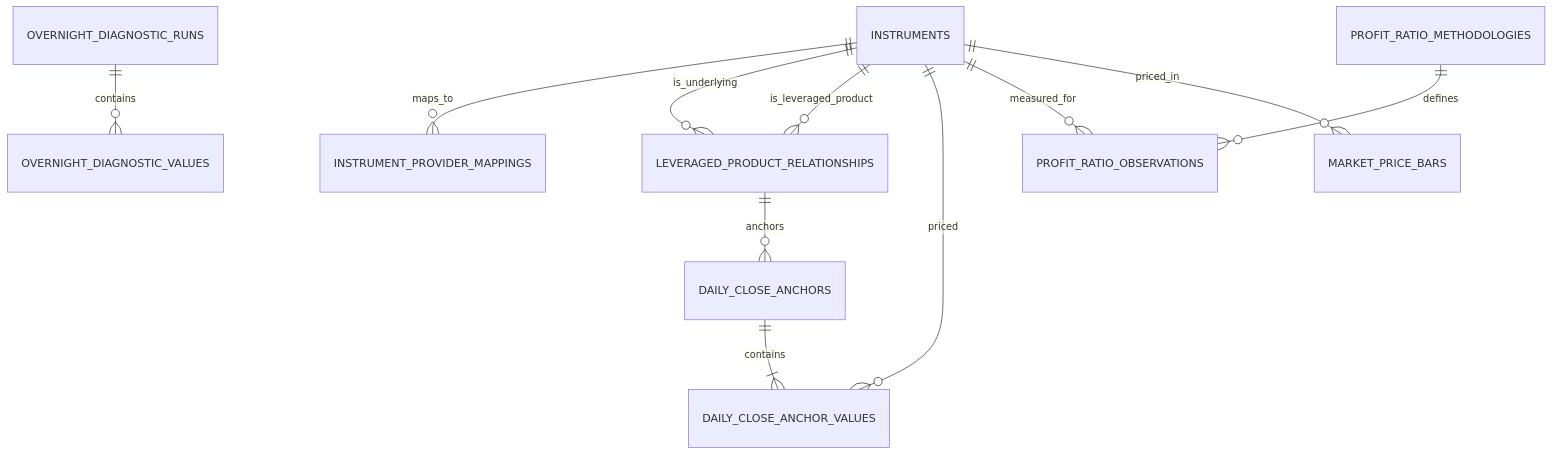
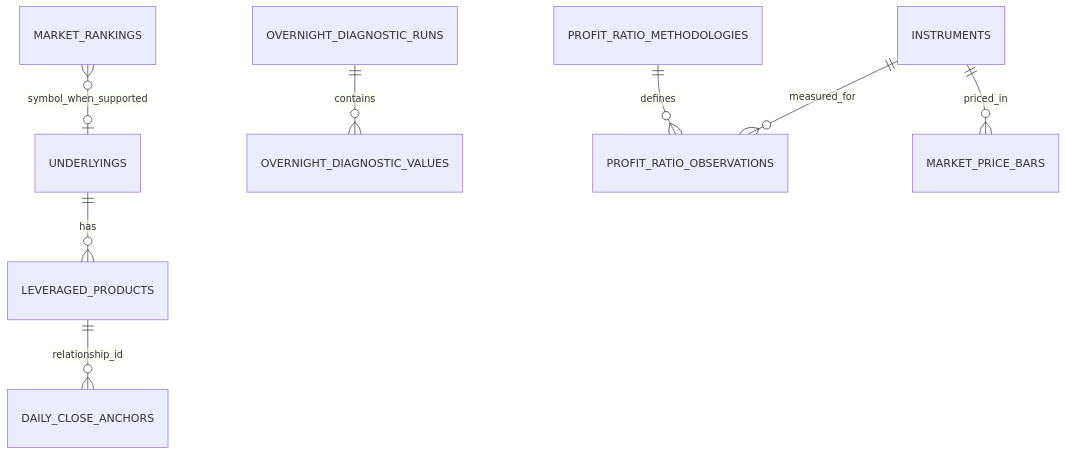
The diagram in docs/DATA_MODEL.md (Blue4u0610/TraFriend), drawn with Mermaid before and after one commit. The commit also changed other lines of this file and 63 other files, not shown here.

Commit message:
feat(api): add leveraged universe rankings and daily capture

````diff
--- a/docs/DATA_MODEL.md
+++ b/docs/DATA_MODEL.md
@@ -34,13 +34,10 @@
 ```mermaid
 erDiagram
-    INSTRUMENTS ||--o{ INSTRUMENT_PROVIDER_MAPPINGS : maps_to
-    INSTRUMENTS ||--o{ LEVERAGED_PRODUCT_RELATIONSHIPS : is_underlying
-    INSTRUMENTS ||--o{ LEVERAGED_PRODUCT_RELATIONSHIPS : is_leveraged_product
-    LEVERAGED_PRODUCT_RELATIONSHIPS ||--o{ DAILY_CLOSE_ANCHORS : anchors
-    DAILY_CLOSE_ANCHORS ||--|{ DAILY_CLOSE_ANCHOR_VALUES : contains
-    INSTRUMENTS ||--o{ DAILY_CLOSE_ANCHOR_VALUES : priced
+    UNDERLYINGS ||--o{ LEVERAGED_PRODUCTS : has
+    LEVERAGED_PRODUCTS ||--o{ DAILY_CLOSE_ANCHORS : relationship_id
+    MARKET_RANKINGS }o--o| UNDERLYINGS : symbol_when_supported
     OVERNIGHT_DIAGNOSTIC_RUNS ||--o{ OVERNIGHT_DIAGNOSTIC_VALUES : contains
     PROFIT_RATIO_METHODOLOGIES ||--o{ PROFIT_RATIO_OBSERVATIONS : defines
     INSTRUMENTS ||--o{ PROFIT_RATIO_OBSERVATIONS : measured_for
     INSTRUMENTS ||--o{ MARKET_PRICE_BARS : priced_in
 ```
````
